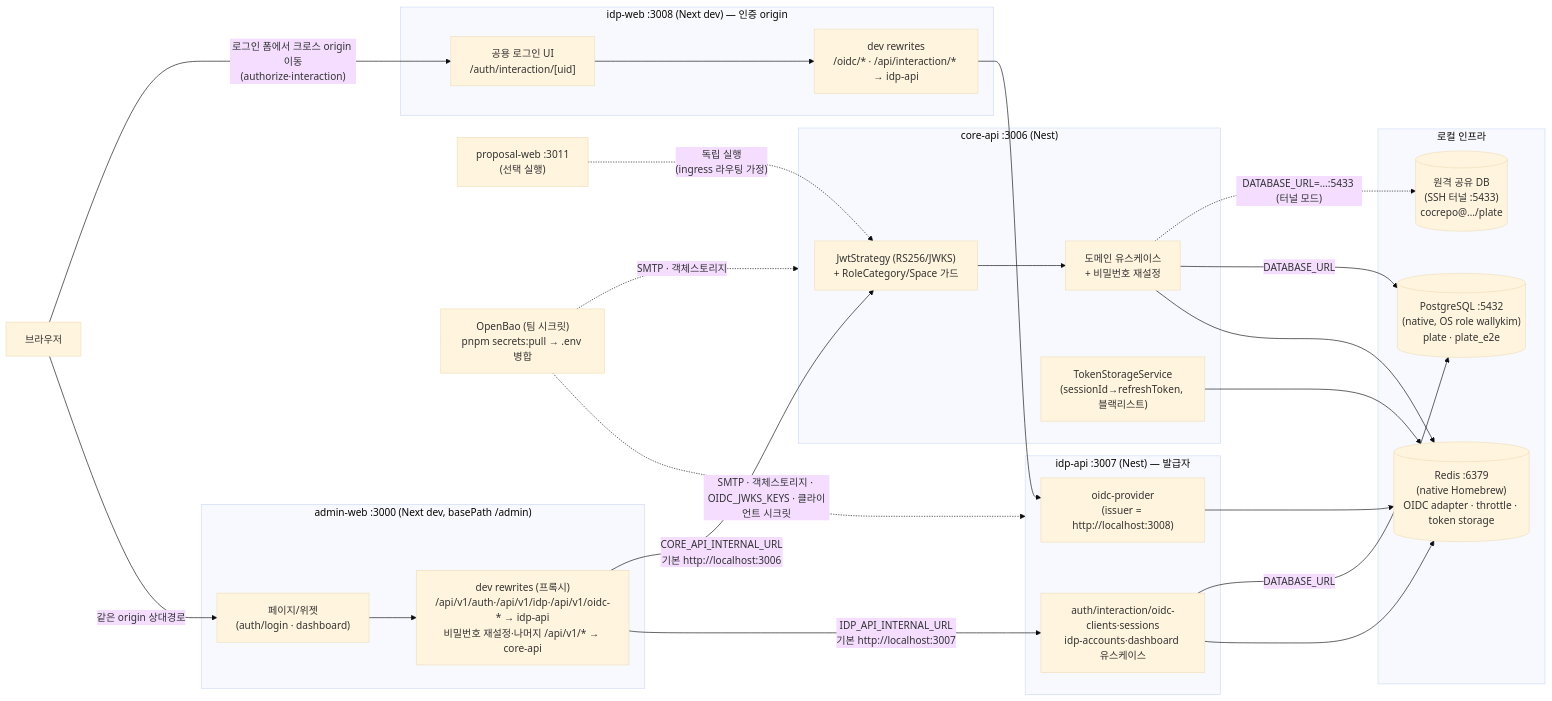
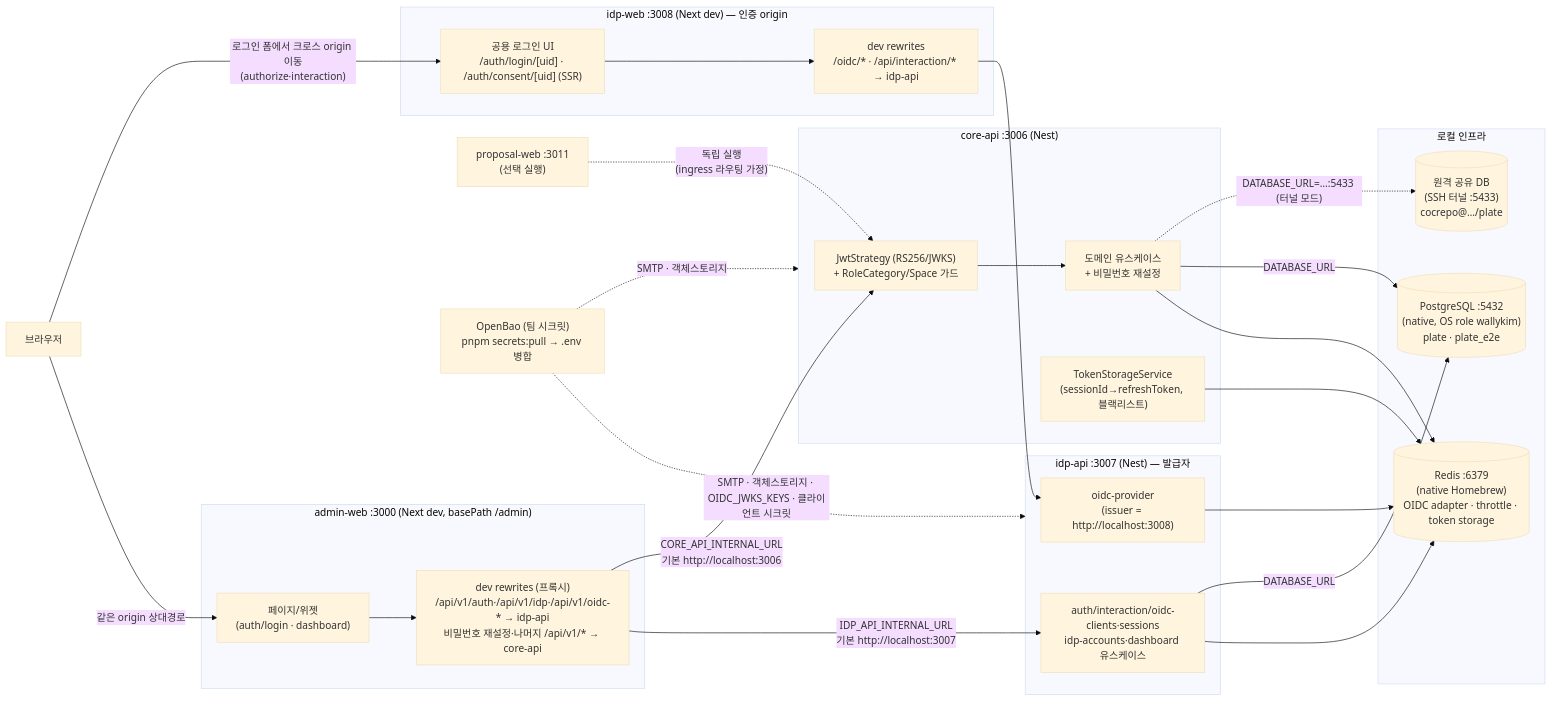
One commit to kimjoongwon/prj-core changed the first of 2 diagrams in docs/local-dev-environment.diagram.md. Above: the diagram before and after it, drawn with Mermaid (base theme). The commit also changed other lines of this file and 4 other files, not shown here.

Commit message:
docs: interaction 경로 분리와 SSR 구조 문서 동기화

````diff
--- a/docs/local-dev-environment.diagram.md
+++ b/docs/local-dev-environment.diagram.md
@@ -9,56 +9,56 @@
 ```mermaid
 flowchart LR
     browser["브라우저"]
 
     subgraph web["admin-web :3000 (Next dev, basePath /admin)"]
         pages["페이지/위젯\n(auth/login · dashboard)"]
         proxy["dev rewrites (프록시)\n/api/v1/auth·/api/v1/idp·/api/v1/oidc-* → idp-api\n비밀번호 재설정·나머지 /api/v1/* → core-api"]
     end
 
     subgraph idpweb["idp-web :3008 (Next dev) — 인증 origin"]
-        loginui["공용 로그인 UI\n/auth/interaction/[uid]"]
+        loginui["공용 로그인 UI\n/auth/login/[uid] · /auth/consent/[uid] (SSR)"]
         idpproxy["dev rewrites\n/oidc/* · /api/interaction/* → idp-api"]
     end
 
     subgraph idpapi["idp-api :3007 (Nest) — 발급자"]
         oidc["oidc-provider\n(issuer = http://localhost:3008)"]
         authuc["auth/interaction/oidc-clients·sessions\nidp-accounts·dashboard 유스케이스"]
     end
 
     subgraph api["core-api :3006 (Nest)"]
         guards["JwtStrategy (RS256/JWKS)\n+ RoleCategory/Space 가드"]
         uc["도메인 유스케이스\n+ 비밀번호 재설정"]
         storage["TokenStorageService\n(sessionId→refreshToken, 블랙리스트)"]
     end
 
     proposal["proposal-web :3011\n(선택 실행)"]
 
     subgraph infra["로컬 인프라"]
         redis[("Redis :6379\n(native Homebrew)\nOIDC adapter · throttle · token storage")]
         pgLocal[("PostgreSQL :5432\n(native, OS role wallykim)\nplate · plate_e2e")]
         pgRemote[("원격 공유 DB\n(SSH 터널 :5433)\ncocrepo@…/plate")]
     end
 
     bao["OpenBao (팀 시크릿)\npnpm secrets:pull → .env 병합"]
 
     browser -->|"같은 origin 상대경로"| pages
     pages --> proxy
     proxy -->|"IDP_API_INTERNAL_URL\n기본 http://localhost:3007"| authuc
     proxy -->|"CORE_API_INTERNAL_URL\n기본 http://localhost:3006"| guards
     browser -->|"로그인 폼에서 크로스 origin 이동\n(authorize·interaction)"| loginui
     loginui --> idpproxy
     idpproxy --> oidc
     proposal -.->|"독립 실행\n(ingress 라우팅 가정)"| guards
 
     oidc --> redis
     authuc --> redis
     guards --> uc
     uc --> redis
     storage --> redis
     authuc -->|"DATABASE_URL"| pgLocal
     uc -->|"DATABASE_URL"| pgLocal
     uc -.->|"DATABASE_URL=…:5433 (터널 모드)"| pgRemote
 
     bao -.->|"SMTP · 객체스토리지 · OIDC_JWKS_KEYS · 클라이언트 시크릿"| idpapi
     bao -.->|"SMTP · 객체스토리지"| api
 ```
````
